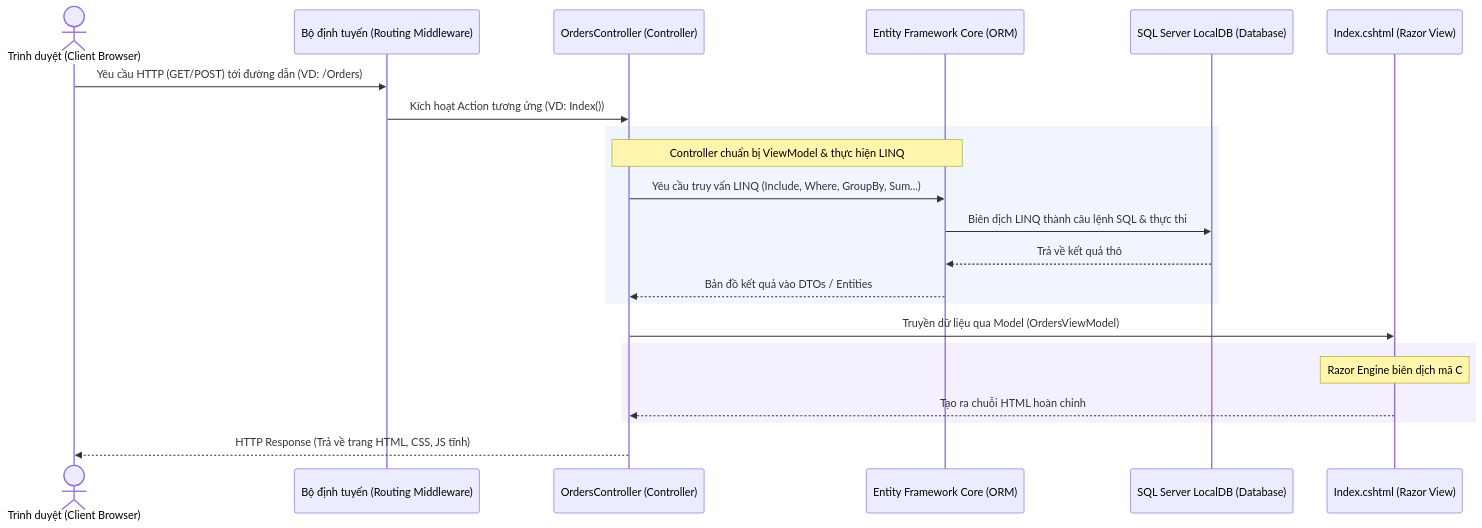
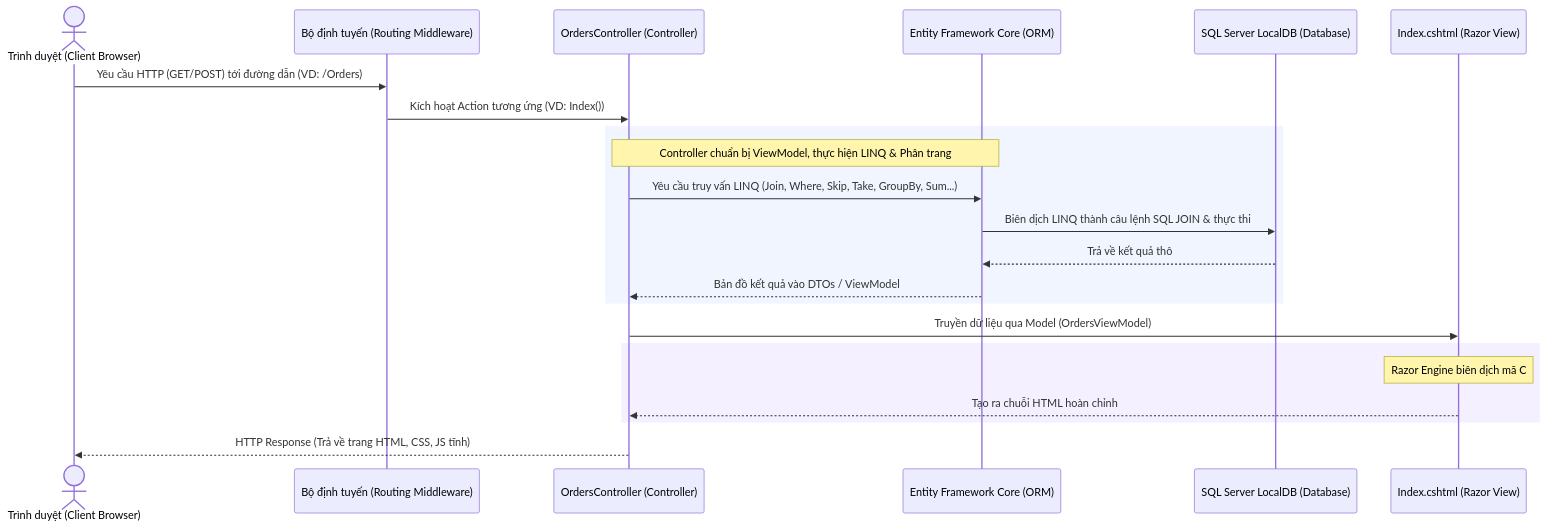
One commit to nhanltd/final-project-web-application changed the diagram in knowledge.md. Above: the diagram before and after it, drawn with Mermaid. The commit also changed other lines of this file and 4 other files, not shown here.

````diff
--- a/knowledge.md
+++ b/knowledge.md
@@ -15,29 +15,29 @@
 ```mermaid
 sequenceDiagram
     actor User as Trình duyệt (Client Browser)
     participant Route as Bộ định tuyến (Routing Middleware)
     participant Ctrl as OrdersController (Controller)
     participant EF as Entity Framework Core (ORM)
     participant DB as SQL Server LocalDB (Database)
     participant View as Index.cshtml (Razor View)
 
     User->>Route: Yêu cầu HTTP (GET/POST) tới đường dẫn (VD: /Orders)
     Route->>Ctrl: Kích hoạt Action tương ứng (VD: Index())
     
     rect rgb(240, 245, 255)
-        note over Ctrl, EF: Controller chuẩn bị ViewModel & thực hiện LINQ
-        Ctrl->>EF: Yêu cầu truy vấn LINQ (Include, Where, GroupBy, Sum...)
-        EF->>DB: Biên dịch LINQ thành câu lệnh SQL & thực thi
+        note over Ctrl, EF: Controller chuẩn bị ViewModel, thực hiện LINQ & Phân trang
+        Ctrl->>EF: Yêu cầu truy vấn LINQ (Join, Where, Skip, Take, GroupBy, Sum...)
+        EF->>DB: Biên dịch LINQ thành câu lệnh SQL JOIN & thực thi
         DB-->>EF: Trả về kết quả thô
-        EF-->>Ctrl: Bản đồ kết quả vào DTOs / Entities
+        EF-->>Ctrl: Bản đồ kết quả vào DTOs / ViewModel
     end
     
     Ctrl->>View: Truyền dữ liệu qua Model (OrdersViewModel)
     
     rect rgb(245, 240, 255)
         note over View: Razor Engine biên dịch mã C# trong View thành HTML
         View-->>Ctrl: Tạo ra chuỗi HTML hoàn chỉnh
     end
     
     Ctrl-->>User: HTTP Response (Trả về trang HTML, CSS, JS tĩnh)
 ```
````
